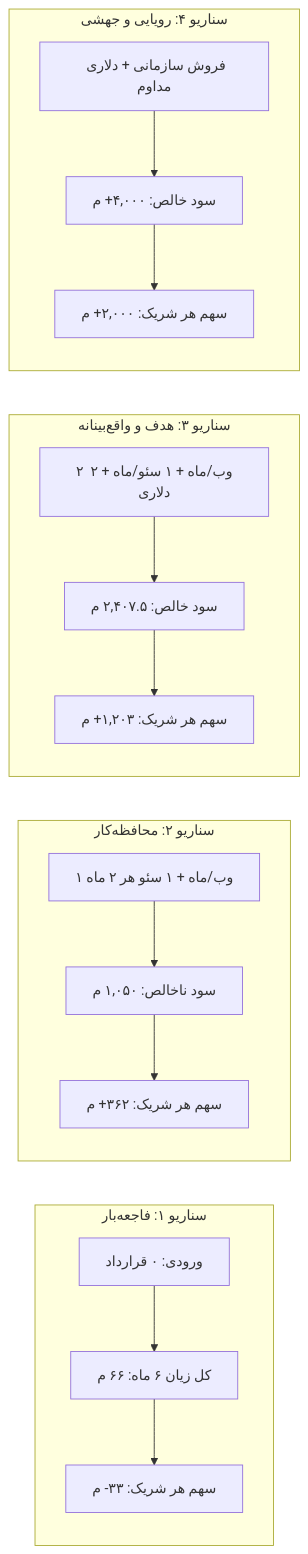
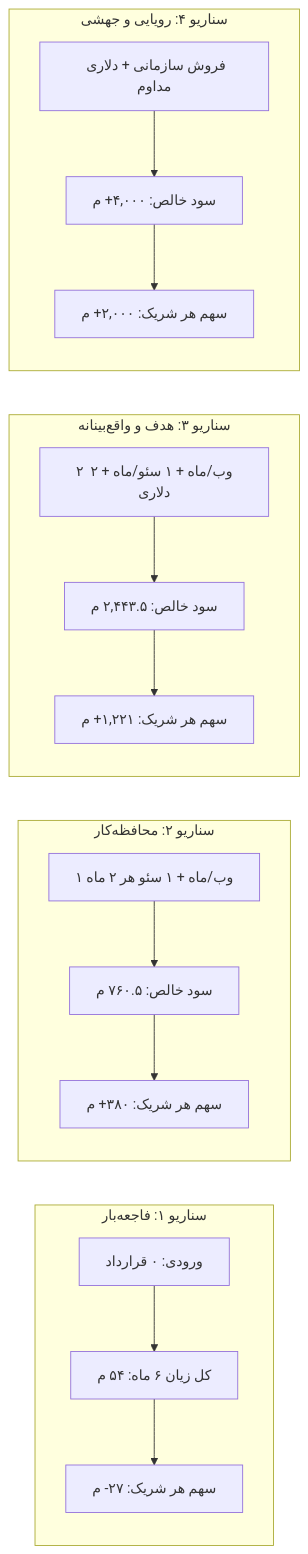
One commit to businessmanshah-a11y/HasanShah changed the second of 2 diagrams in careers/AGENCY_STRATEGIC_BLUEPRINT_6M.md. Above: the diagram before and after it, drawn with Mermaid. The commit also changed other lines of this file and 1 other file, not shown here.

````diff
--- a/careers/AGENCY_STRATEGIC_BLUEPRINT_6M.md
+++ b/careers/AGENCY_STRATEGIC_BLUEPRINT_6M.md
@@ -67,23 +70,23 @@
 ```mermaid
 flowchart LR
     subgraph S1["سناریو ۱: فاجعه‌بار"]
         direction TB
-        A1["ورودی: ۰ قرارداد"] --> B1["کل زیان ۶ ماه: ۶۶ م"]
-        B1 --> C1["سهم هر شریک: ۳۳- م"]
+        A1["ورودی: ۰ قرارداد"] --> B1["کل زیان ۶ ماه: ۵۴ م"]
+        B1 --> C1["سهم هر شریک: ۲۷- م"]
     end
     subgraph S2["سناریو ۲: محافظه‌کار"]
         direction TB
-        A2["۱ وب/ماه + ۱ سئو هر ۲ ماه"] --> B2["سود ناخالص: ۱,۰۵۰ م"]
-        B2 --> C2["سهم هر شریک: ۳۶۲+ م"]
+        A2["۱ وب/ماه + ۱ سئو هر ۲ ماه"] --> B2["سود خالص: ۷۶۰.۵ م"]
+        B2 --> C2["سهم هر شریک: ۳۸۰+ م"]
     end
     subgraph S3["سناریو ۳: هدف و واقع‌بینانه"]
         direction TB
-        A3["۲ وب/ماه + ۱ سئو/ماه + ۲ دلاری"] --> B3["سود خالص: ۲,۴۰۷.۵ م"]
-        B3 --> C3["سهم هر شریک: ۱,۲۰۳+ م"]
+        A3["۲ وب/ماه + ۱ سئو/ماه + ۲ دلاری"] --> B3["سود خالص: ۲,۴۴۳.۵ م"]
+        B3 --> C3["سهم هر شریک: ۱,۲۲۱+ م"]
     end
     subgraph S4["سناریو ۴: رویایی و جهشی"]
         direction TB
         A4["فروش سازمانی + دلاری مداوم"] --> B4["سود خالص: ۴,۰۰۰+ م"]
         B4 --> C4["سهم هر شریک: ۲,۰۰۰+ م"]
     end
 ```
````
